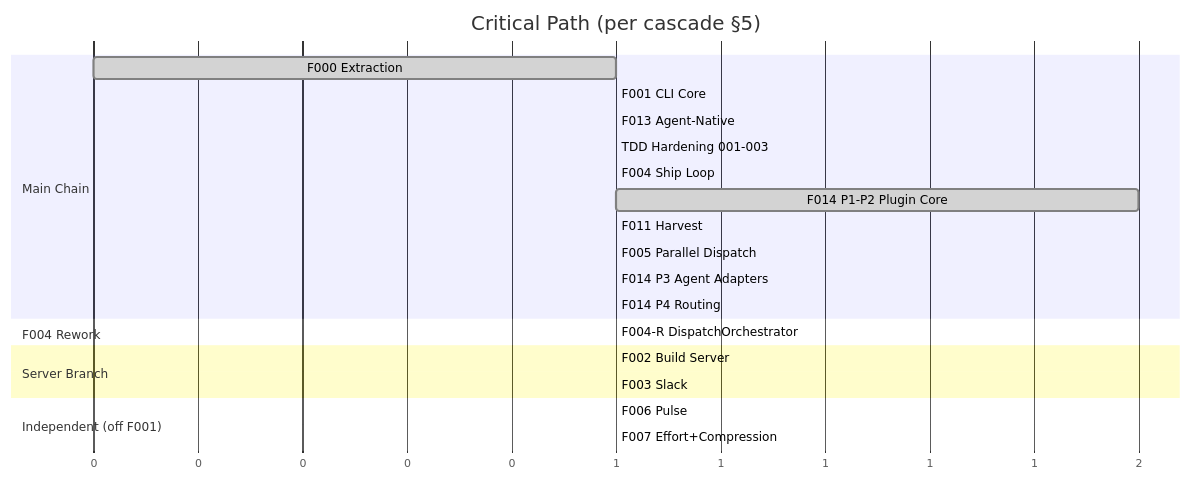
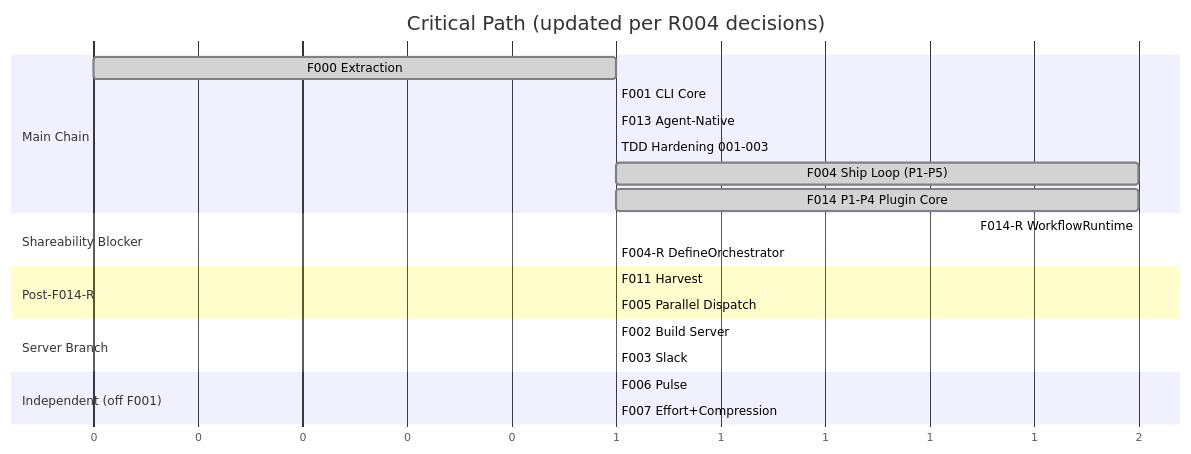
One commit to gforge-esc/gwrk changed the second of 2 diagrams in specs/000-build-plan.md. Above: the diagram before and after it, drawn with Mermaid. The commit also changed other lines of this file and 2 other files, not shown here.

First line of the commit message:
docs: R004 shareability readiness assessment — F014-R rework scope locked

````diff
--- a/specs/000-build-plan.md
+++ b/specs/000-build-plan.md
@@ -61,29 +66,30 @@
 ```mermaid
 gantt
-    title Critical Path (per cascade §5)
+    title Critical Path (updated per R004 decisions)
     dateFormat X
     axisFormat %s
 
     section Main Chain
     F000 Extraction          :done,    f000, 0, 1
     F001 CLI Core            :done,    f001, after f000, 1
     F013 Agent-Native        :done,    f013, after f001, 1
     TDD Hardening 001-003   :done,    tdd,  after f013, 1
-    F004 Ship Loop           :done,    f004, after tdd, 1
-    F014 P1-P2 Plugin Core   :done,    f014p12, after f001, 2
+    F004 Ship Loop (P1-P5)   :done,    f004, after tdd, 2
+    F014 P1-P4 Plugin Core   :done,    f014, after f001, 2
+
+    section Shareability Blocker
+    F014-R WorkflowRuntime   :crit,    f014r, after f014, 2
+    F004-R DefineOrchestrator:         f004rd, after f014r, 1
+
+    section Post-F014-R
     F011 Harvest             :         f011, after f004, 1
-    F005 Parallel Dispatch   :         f005, after f014p12, 1
-    F014 P3 Agent Adapters   :done,    f014p3, after f005, 1
-    F014 P4 Routing          :done,    f014p4, after f014p3, 1
-
-    section F004 Rework
-    F004-R DispatchOrchestrator :      f004r, after f004, 1
+    F005 Parallel Dispatch   :         f005, after f014r, 1
 
     section Server Branch
     F002 Build Server        :done,    f002, after tdd, 1
     F003 Slack               :done,    f003, after f002, 1
 
     section Independent (off F001)
     F006 Pulse               :         f006, after f001, 1
     F007 Effort+Compression  :         f007, after f001, 1
 ```
````
